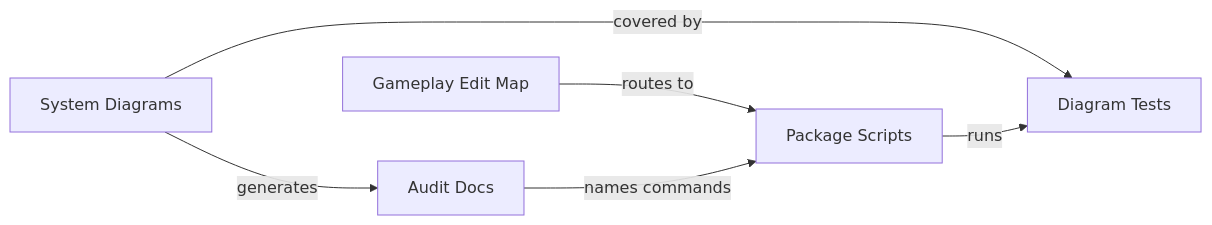
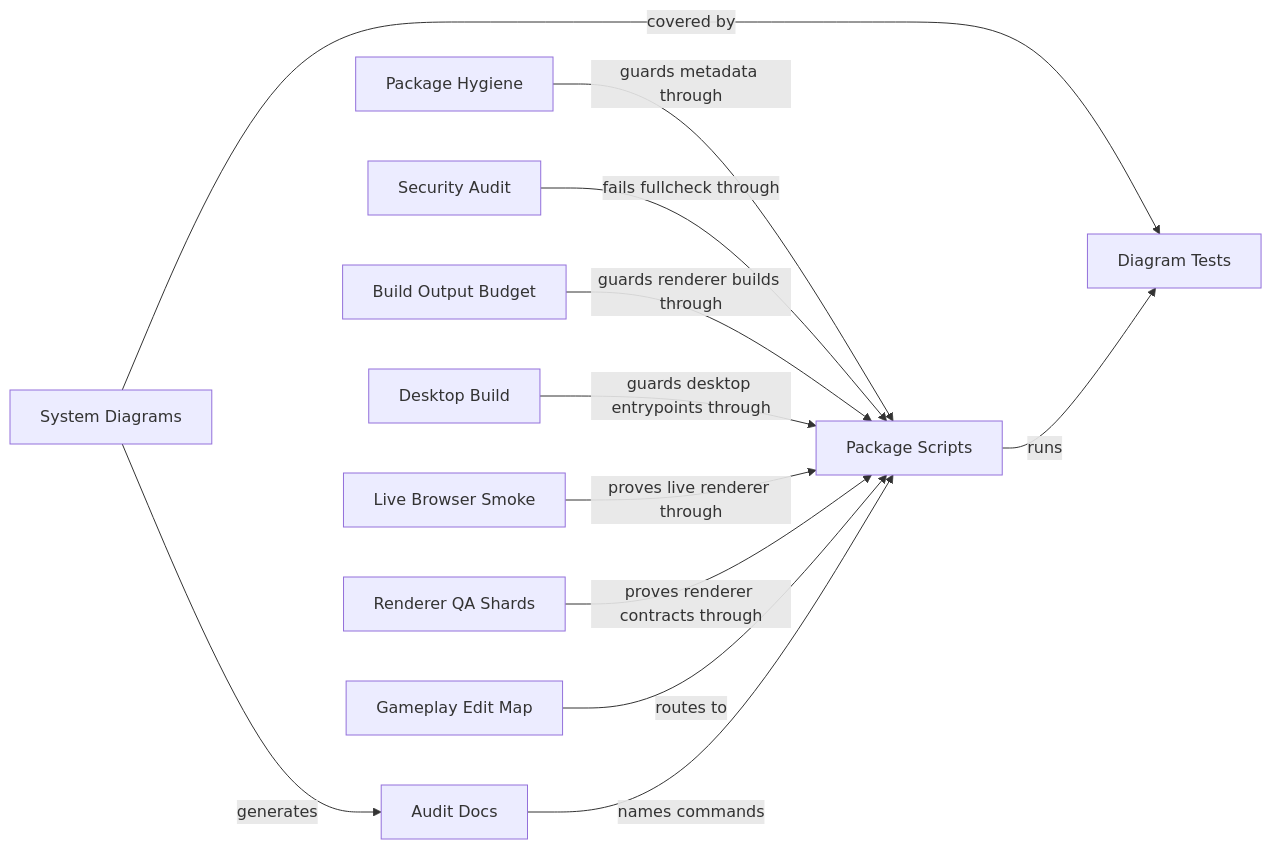
Before and after one commit to BorisThoris/memory-dungeon: diagram 11 of 11 in docs/system-diagrams/README.md, drawn with Mermaid. The commit also changed other lines of this file and 302 other files, not shown here.

````diff
--- a/docs/system-diagrams/README.md
+++ b/docs/system-diagrams/README.md
@@ -360,13 +381,25 @@
 ```mermaid
 flowchart LR
     package_scripts["Package Scripts"]
+    package_hygiene["Package Hygiene"]
+    security_audit["Security Audit"]
+    build_output_budget["Build Output Budget"]
+    desktop_build["Desktop Build"]
+    browser_smoke["Live Browser Smoke"]
+    renderer_qa_shards["Renderer QA Shards"]
     system_diagrams["System Diagrams"]
     diagram_tests["Diagram Tests"]
     edit_map["Gameplay Edit Map"]
     audit_docs["Audit Docs"]
     system_diagrams -->|"generates"| audit_docs
     system_diagrams -->|"covered by"| diagram_tests
     package_scripts -->|"runs"| diagram_tests
+    package_hygiene -->|"guards metadata through"| package_scripts
+    security_audit -->|"fails fullcheck through"| package_scripts
+    build_output_budget -->|"guards renderer builds through"| package_scripts
+    desktop_build -->|"guards desktop entrypoints through"| package_scripts
+    browser_smoke -->|"proves live renderer through"| package_scripts
+    renderer_qa_shards -->|"proves renderer contracts through"| package_scripts
     edit_map -->|"routes to"| package_scripts
     audit_docs -->|"names commands"| package_scripts
 ```
````
